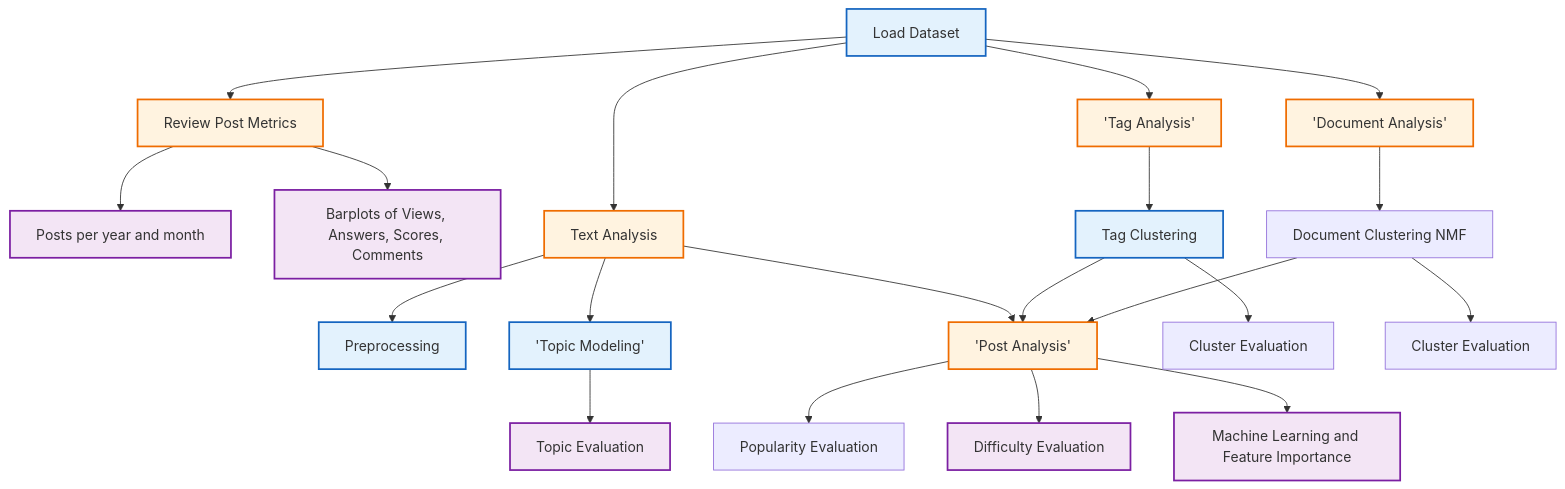
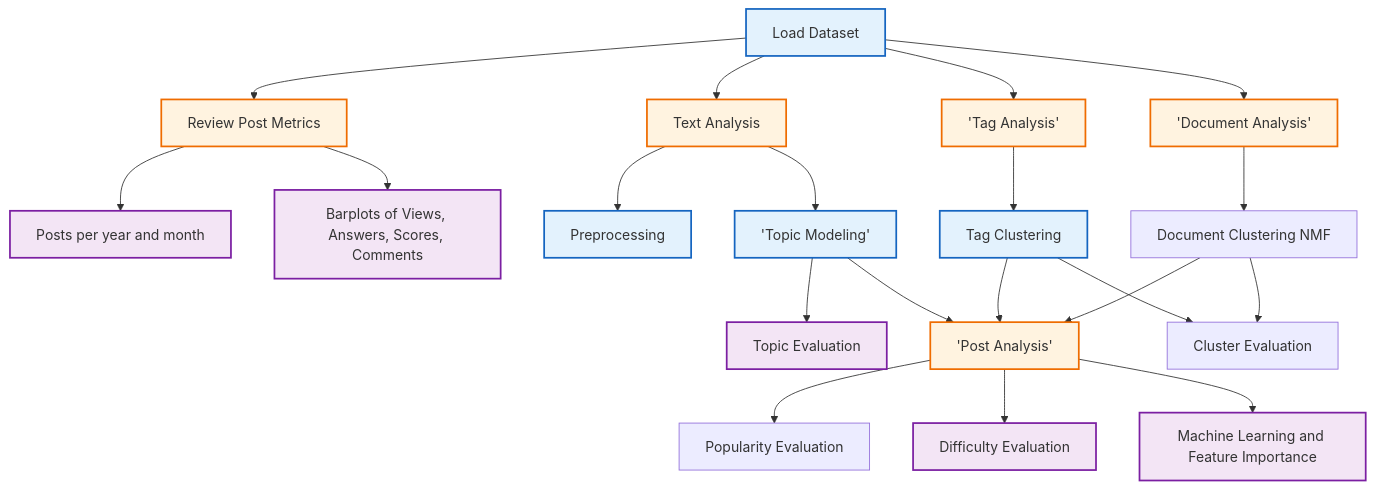
Before and after one commit to koncharman/Stack_exchange_questions_framework: the diagram in README.md, drawn with Mermaid.

````diff
--- a/README.md
+++ b/README.md
@@ -25,37 +25,37 @@
 ```mermaid
 flowchart TD
     LD["Load Dataset"]
     LD --> RPM["Review Post Metrics"]
     
     RPM --> RPM_P["Posts per year and month"]
     RPM --> RPM_B["Barplots of Views, Answers, Scores, Comments"]
     
     LD --> TXT["Text Analysis"]
     TXT --> TXT_P["Preprocessing"]
     TXT --> TXT_T['Topic Modeling']
     TXT_T --> TXT_E["Topic Evaluation"]
-    TXT --> PO['Post Analysis']
+    TXT_T --> PO['Post Analysis']
     
     LD --> TAG['Tag Analysis']
     TAG --> TAG_C["Tag Clustering"]
-    TAG_C --> TAG_E["Cluster Evaluation"]
+    TAG_C --> CEV["Cluster Evaluation"]
     TAG_C --> PO
     
     LD --> DC['Document Analysis']
     DC --> DC_C["Document Clustering NMF"]
-    DC_C --> DC_E["Cluster Evaluation"]
+    DC_C --> CEV
     DC_C --> PO
     
     PO --> POP["Popularity Evaluation"]
     PO --> DIF["Difficulty Evaluation"]
     PO --> FET["Machine Learning and Feature Importance"]
     
     classDef in fill:#e3f2fd,stroke:#1565c0,stroke-width:2px;
     classDef out fill:#f3e5f5,stroke:#7b1fa2,stroke-width:2px;
     classDef sel fill:#fff3e0,stroke:#ef6c00,stroke-width:2px;
 
     class LD,TXT_P,TXT_T,TAG_C,DC in;
     class RPM_P,RPM_B,PO,DIF,FET,TXT_E,_TAG_E,DOC_E out;
     class RPM,TXT,PO,TAG,DC sel;
 
 ```
````
